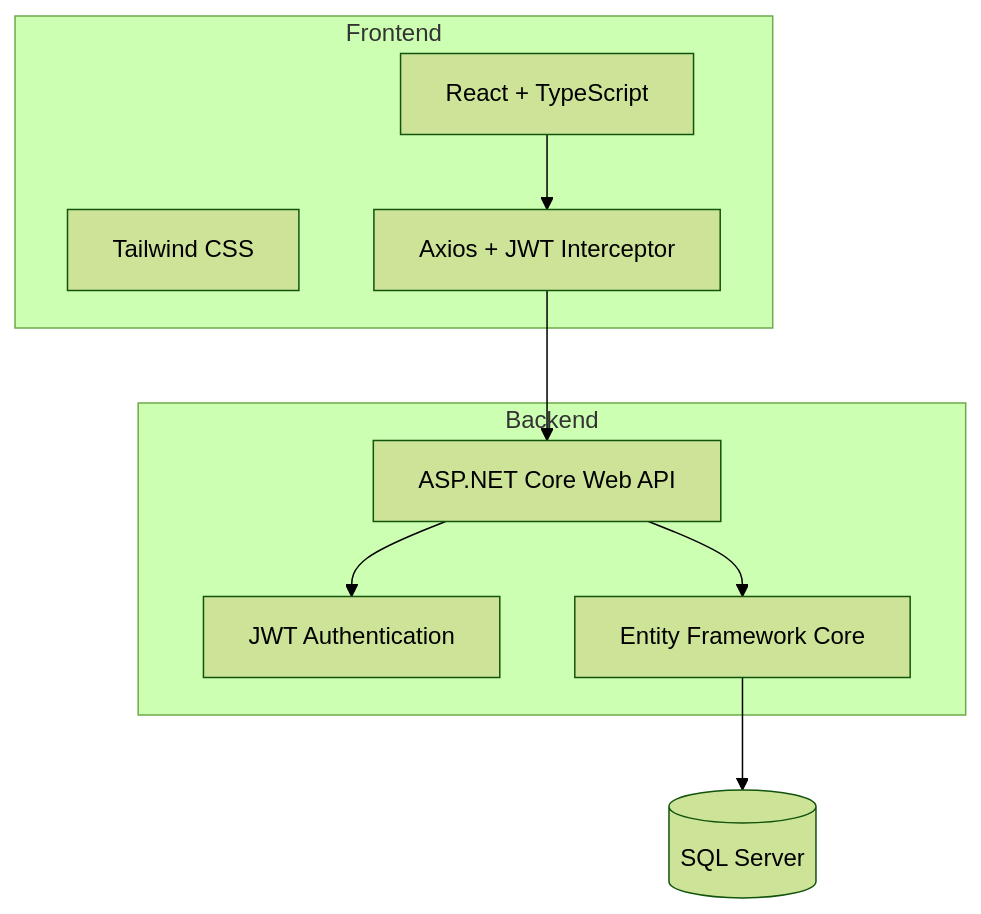
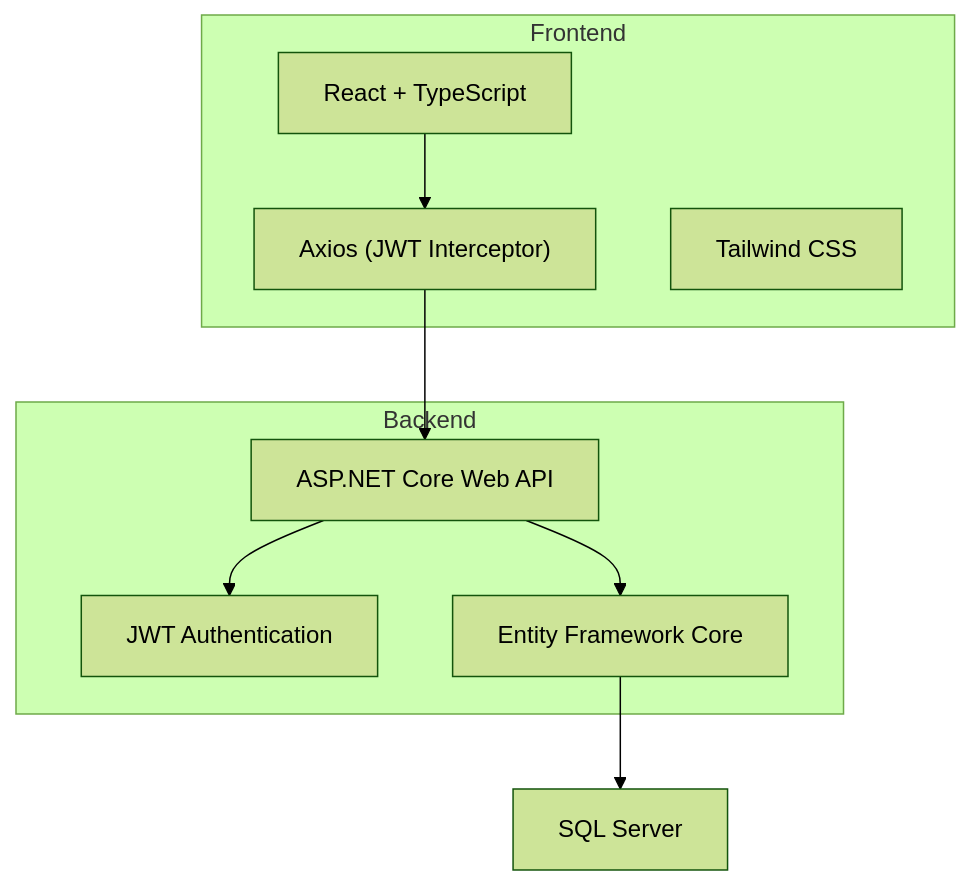
One commit to regvedpande/EmployeeManager changed the first of 4 diagrams in README.md. Above: the diagram before and after it, drawn with Mermaid (forest theme). The commit also changed other lines of this file and 4 other files, not shown here.

````diff
--- a/README.md
+++ b/README.md
@@ -28,22 +46,22 @@
 ```mermaid
 flowchart TB
     subgraph Frontend
-        React[React + TypeScript]
-        Tailwind[Tailwind CSS]
-        Axios[Axios + JWT Interceptor]
+        React["React + TypeScript"]
+        Axios["Axios (JWT Interceptor)"]
+        Tailwind["Tailwind CSS"]
     end
 
     subgraph Backend
-        API[ASP.NET Core Web API]
-        Auth[JWT Authentication]
-        EF[Entity Framework Core]
+        API["ASP.NET Core Web API"]
+        Auth["JWT Authentication"]
+        EF["Entity Framework Core"]
     end
 
-    DB[(SQL Server)]
+    DB["SQL Server"]
 
     React --> Axios
     Axios --> API
     API --> Auth
     API --> EF
     EF --> DB
 ```
````
